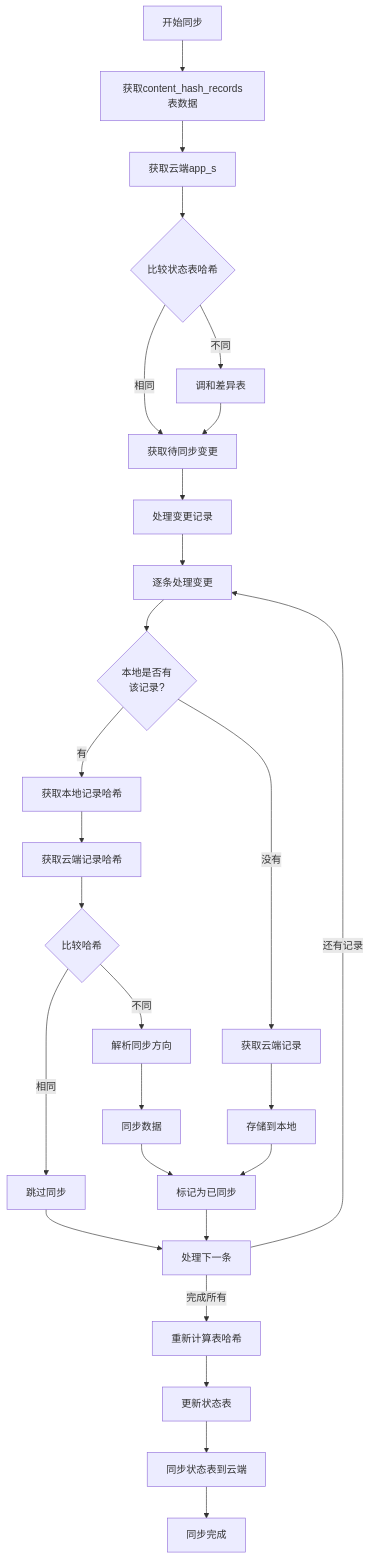
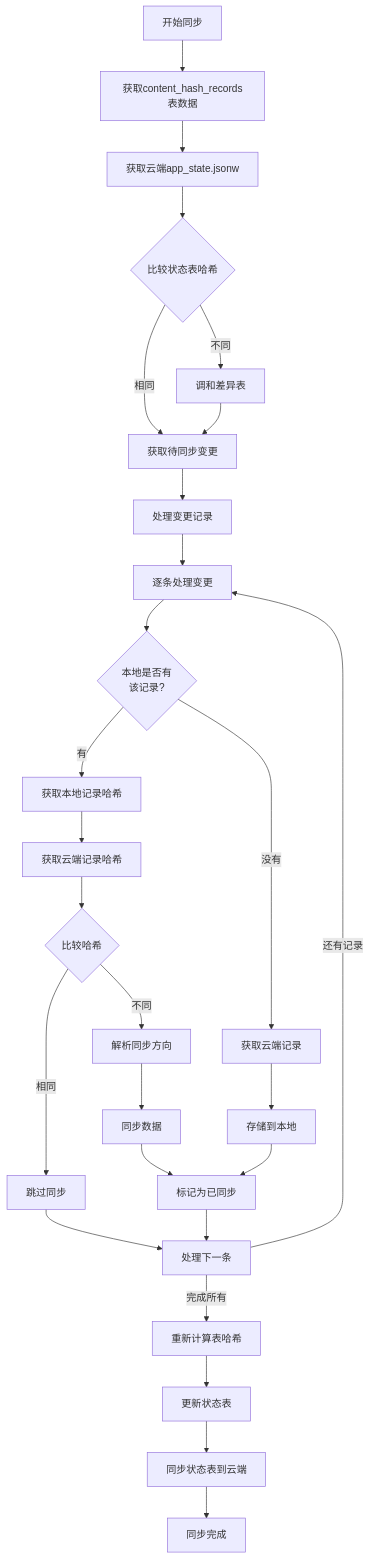
The diagram in all/未命名-42.md (yingjianzh/iodraw-files), drawn with Mermaid before and after one commit.

Commit message:
2025-04-24 15:30:50 update

````diff
--- a/all/未命名-42.md
+++ b/all/未命名-42.md
@@ -1,39 +1,39 @@
 ```mermaid
 flowchart TD
     Start[开始同步] --> FetchLocalState[获取content_hash_records表数据]
-    FetchLocalState --> FetchCloudState[获取云端app_s]
+    FetchLocalState --> FetchCloudState[获取云端app_state.jsonw]
     
     FetchCloudState --> CompareStates{比较状态表哈希}
     CompareStates -- 相同 --> FetchChanges[获取待同步变更]
     CompareStates -- 不同 --> ReconcileTables[调和差异表]
     
     ReconcileTables --> FetchChanges
     FetchChanges --> ProcessChanges[处理变更记录]
     
     ProcessChanges --> RecordByRecord[逐条处理变更]
     RecordByRecord --> CheckLocalRecord{本地是否有\n该记录?}
     
     CheckLocalRecord -- 有 --> GetLocalHash[获取本地记录哈希]
     CheckLocalRecord -- 没有 --> FetchCloudRecord[获取云端记录]
     
     GetLocalHash --> FetchCloudHash[获取云端记录哈希]
     FetchCloudHash --> CompareHash{比较哈希}
     
     CompareHash -- 相同 --> SkipSync[跳过同步]
     CompareHash -- 不同 --> ResolveSync[解析同步方向]
     
     FetchCloudRecord --> StoreLocalRecord[存储到本地]
     ResolveSync --> SyncData[同步数据]
     
     StoreLocalRecord --> MarkSynced[标记为已同步]
     SyncData --> MarkSynced
     SkipSync --> NextRecord[处理下一条]
     
     MarkSynced --> NextRecord
     NextRecord -- 还有记录 --> RecordByRecord
     NextRecord -- 完成所有 --> RecalcTableHashes[重新计算表哈希]
     
     RecalcTableHashes --> UpdateStateTable[更新状态表]
     UpdateStateTable --> SyncStateTable[同步状态表到云端]
     SyncStateTable --> End[同步完成]
 ```
````
